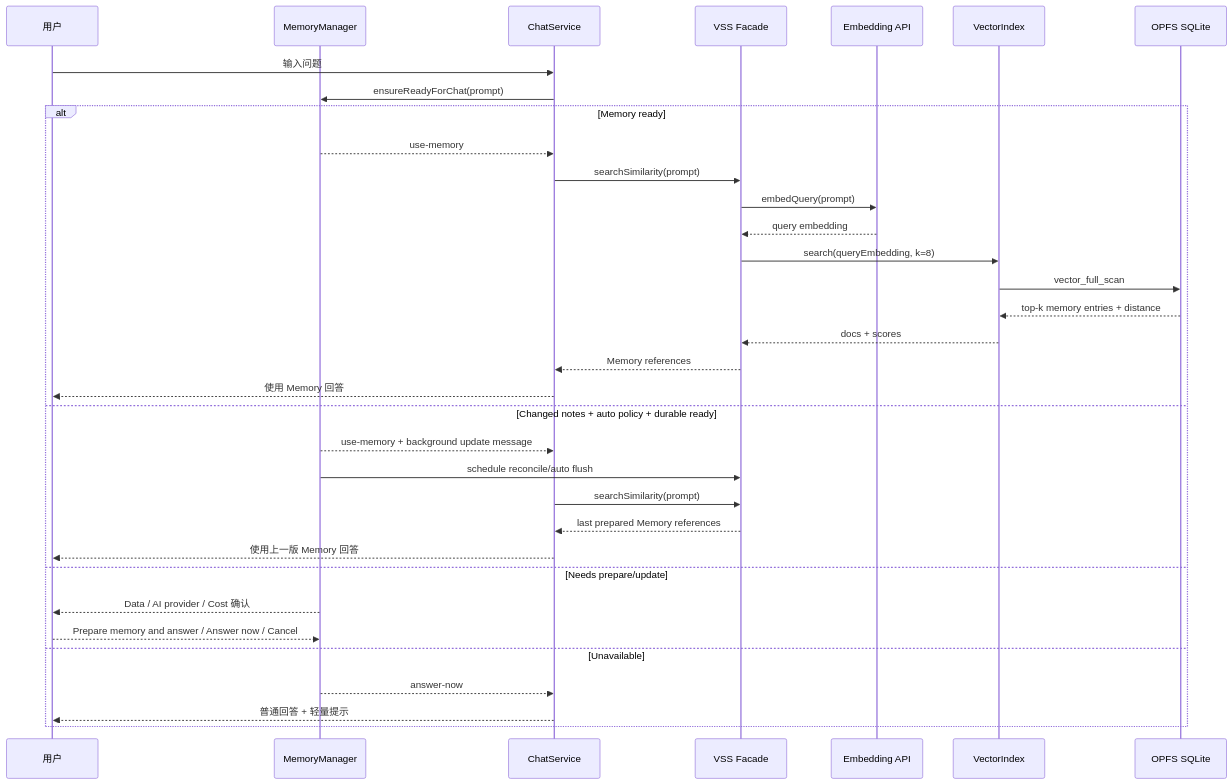
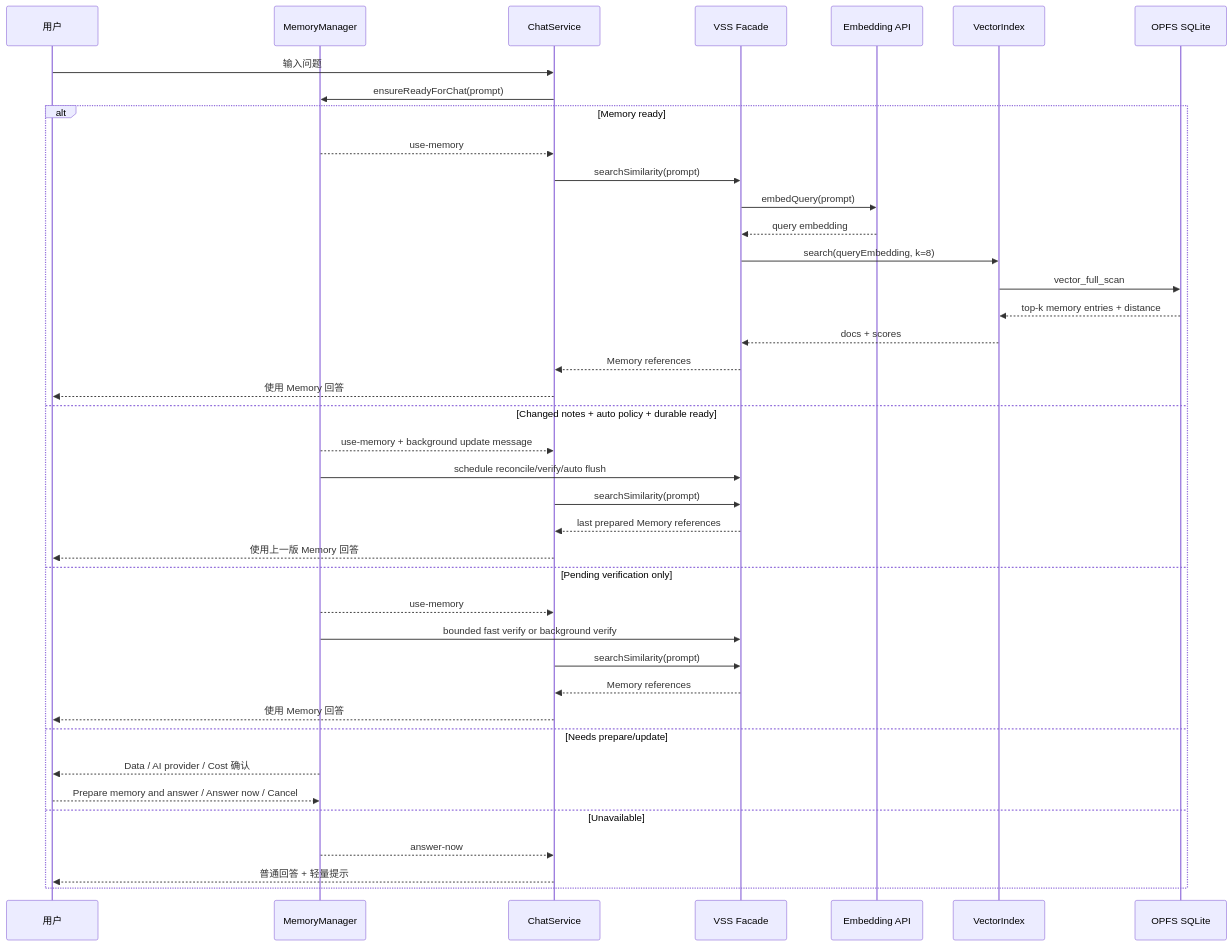
One commit to edonyzpc/personal-assistant changed the fourth of 5 diagrams in docs/vss-sqlite-wasm-architecture.md. Above: the diagram before and after it, drawn with Mermaid. The commit also changed other lines of this file and 1 other file, not shown here.

Commit message:
docs(memory): document verify queue maintenance

````diff
--- a/docs/vss-sqlite-wasm-architecture.md
+++ b/docs/vss-sqlite-wasm-architecture.md
@@ -406,37 +413,43 @@
 ```mermaid
 sequenceDiagram
   participant U as 用户
   participant M as MemoryManager
   participant C as ChatService
   participant V as VSS Facade
   participant E as Embedding API
   participant I as VectorIndex
   participant DB as OPFS SQLite
 
   U->>C: 输入问题
   C->>M: ensureReadyForChat(prompt)
   alt Memory ready
     M-->>C: use-memory
     C->>V: searchSimilarity(prompt)
     V->>E: embedQuery(prompt)
     E-->>V: query embedding
     V->>I: search(queryEmbedding, k=8)
     I->>DB: vector_full_scan
     DB-->>I: top-k memory entries + distance
     I-->>V: docs + scores
     V-->>C: Memory references
     C-->>U: 使用 Memory 回答
   else Changed notes + auto policy + durable ready
     M-->>C: use-memory + background update message
-    M->>V: schedule reconcile/auto flush
+    M->>V: schedule reconcile/verify/auto flush
     C->>V: searchSimilarity(prompt)
     V-->>C: last prepared Memory references
     C-->>U: 使用上一版 Memory 回答
+  else Pending verification only
+    M-->>C: use-memory
+    M->>V: bounded fast verify or background verify
+    C->>V: searchSimilarity(prompt)
+    V-->>C: Memory references
+    C-->>U: 使用 Memory 回答
   else Needs prepare/update
     M-->>U: Data / AI provider / Cost 确认
     U-->>M: Prepare memory and answer / Answer now / Cancel
   else Unavailable
     M-->>C: answer-now
     C-->>U: 普通回答 + 轻量提示
   end
 ```
````
